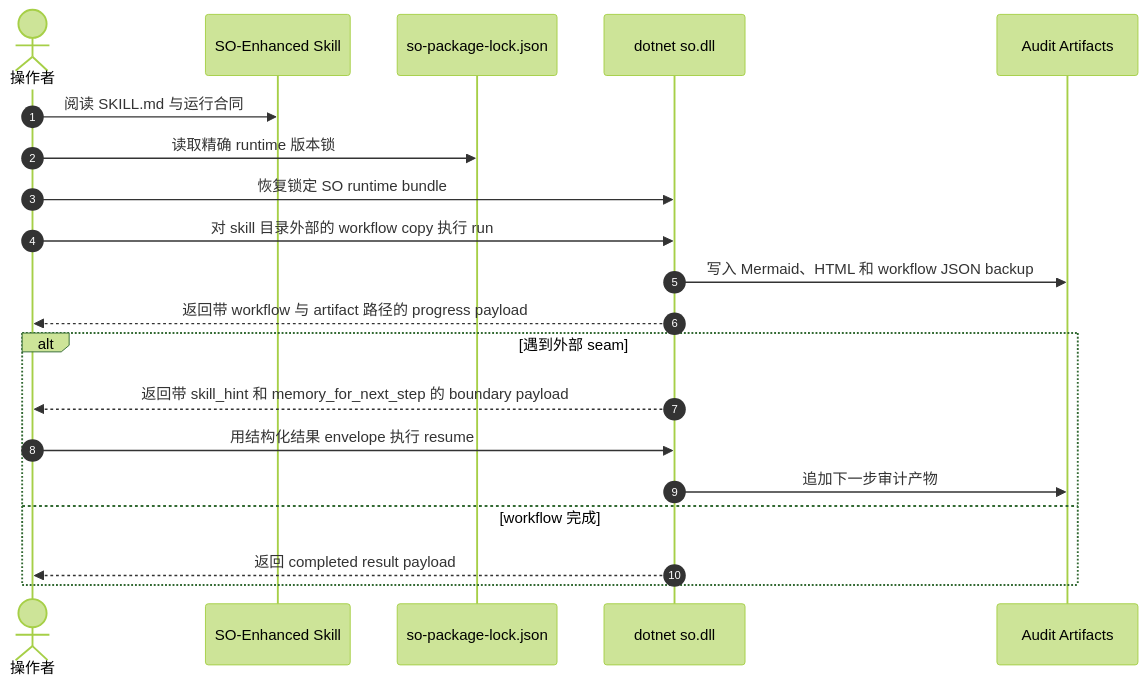
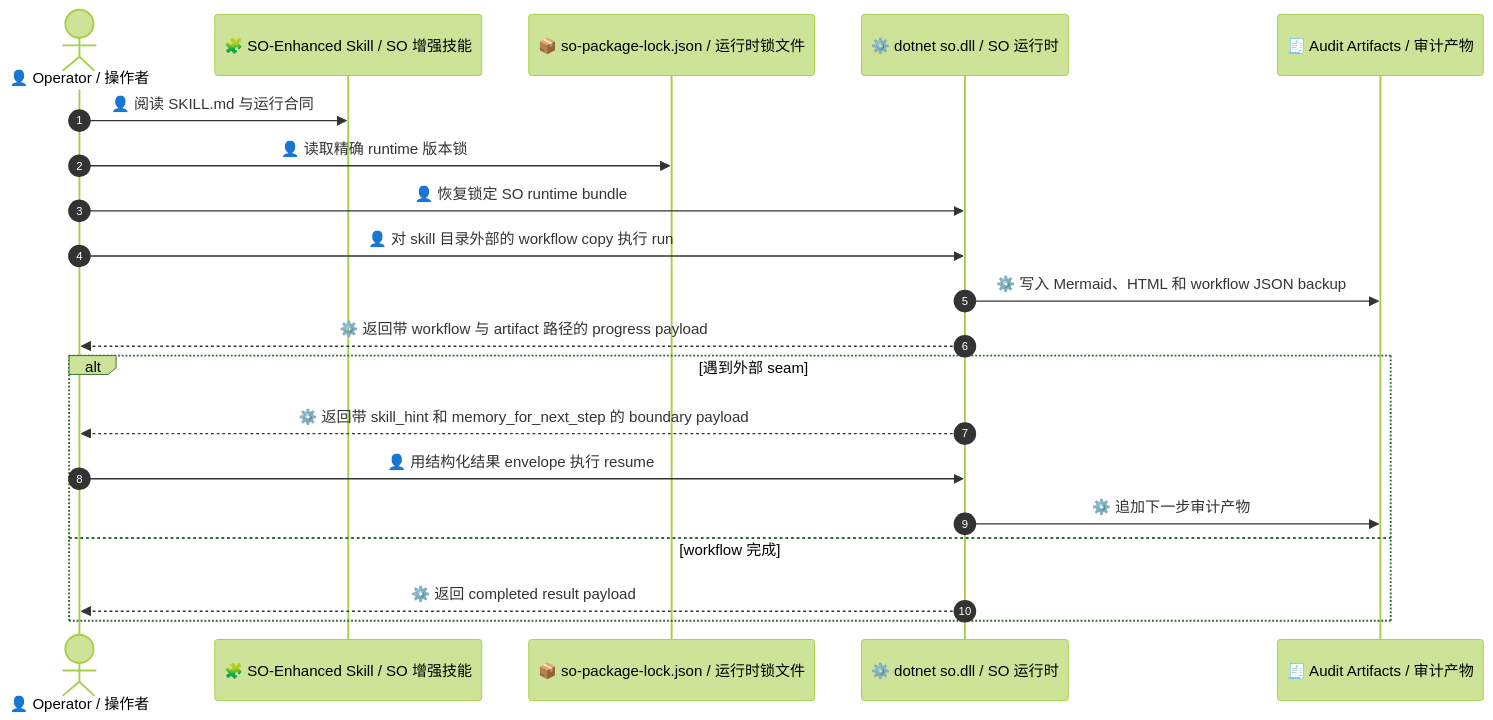
The first of 2 diagrams in README.zh-CN.md (waynebaby/Techne-Loom), drawn with Mermaid (forest theme) before and after one commit. The commit also changed other lines of this file and 19 other files, not shown here.

Commit message:
Standardize Mermaid accessibility across docs

````diff
--- a/README.zh-CN.md
+++ b/README.zh-CN.md
@@ -200,23 +201,23 @@
 ```mermaid
 sequenceDiagram
     autonumber
-    actor Operator as 操作者
-    participant Skill as SO-Enhanced Skill
-    participant Lock as so-package-lock.json
-    participant Runtime as dotnet so.dll
-    participant Audit as Audit Artifacts
+    actor Operator as 👤 Operator / 操作者
+    participant Skill as 🧩 SO-Enhanced Skill / SO 增强技能
+    participant Lock as 📦 so-package-lock.json / 运行时锁文件
+    participant Runtime as ⚙️ dotnet so.dll / SO 运行时
+    participant Audit as 🧾 Audit Artifacts / 审计产物
 
-    Operator->>Skill: 阅读 SKILL.md 与运行合同
-    Operator->>Lock: 读取精确 runtime 版本锁
-    Operator->>Runtime: 恢复锁定 SO runtime bundle
-    Operator->>Runtime: 对 skill 目录外部的 workflow copy 执行 run
-    Runtime->>Audit: 写入 Mermaid、HTML 和 workflow JSON backup
-    Runtime-->>Operator: 返回带 workflow 与 artifact 路径的 progress payload
+    Operator->>Skill: 👤 阅读 SKILL.md 与运行合同
+    Operator->>Lock: 👤 读取精确 runtime 版本锁
+    Operator->>Runtime: 👤 恢复锁定 SO runtime bundle
+    Operator->>Runtime: 👤 对 skill 目录外部的 workflow copy 执行 run
+    Runtime->>Audit: ⚙️ 写入 Mermaid、HTML 和 workflow JSON backup
+    Runtime-->>Operator: ⚙️ 返回带 workflow 与 artifact 路径的 progress payload
     alt 遇到外部 seam
-        Runtime-->>Operator: 返回带 skill_hint 和 memory_for_next_step 的 boundary payload
-        Operator->>Runtime: 用结构化结果 envelope 执行 resume
-        Runtime->>Audit: 追加下一步审计产物
+        Runtime-->>Operator: ⚙️ 返回带 skill_hint 和 memory_for_next_step 的 boundary payload
+        Operator->>Runtime: 👤 用结构化结果 envelope 执行 resume
+        Runtime->>Audit: ⚙️ 追加下一步审计产物
     else workflow 完成
-        Runtime-->>Operator: 返回 completed result payload
+        Runtime-->>Operator: ⚙️ 返回 completed result payload
     end
 ```
````
